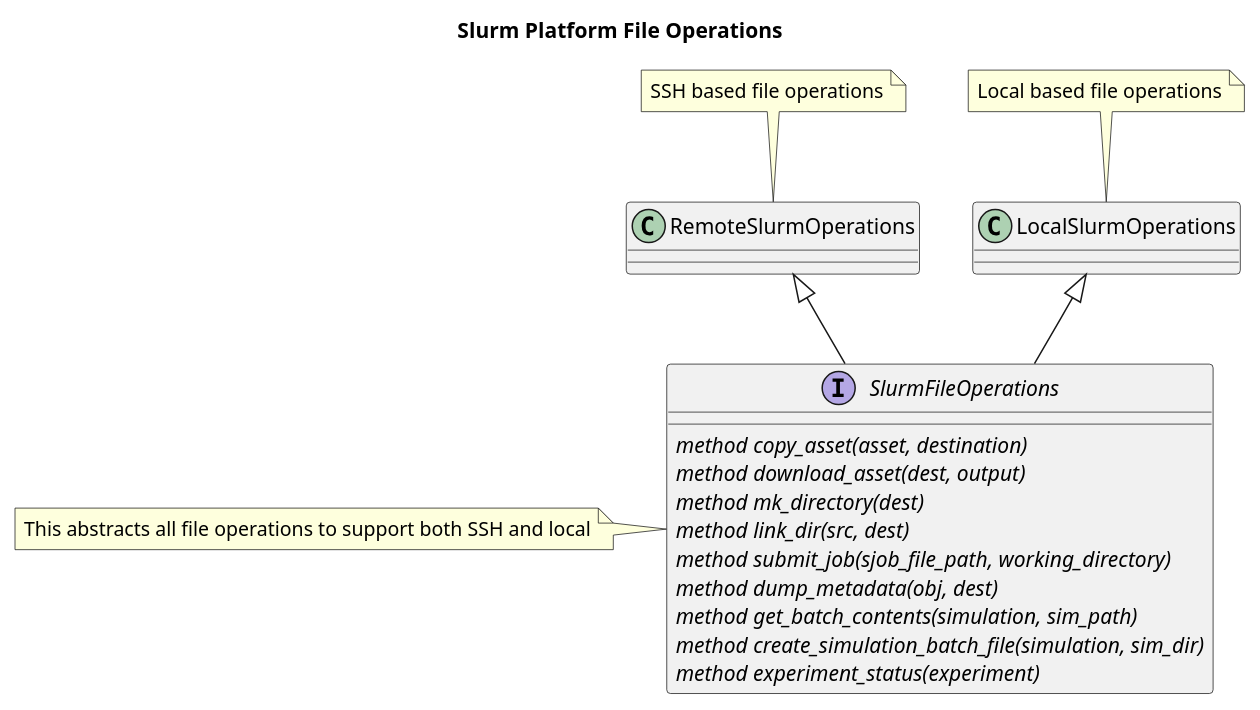
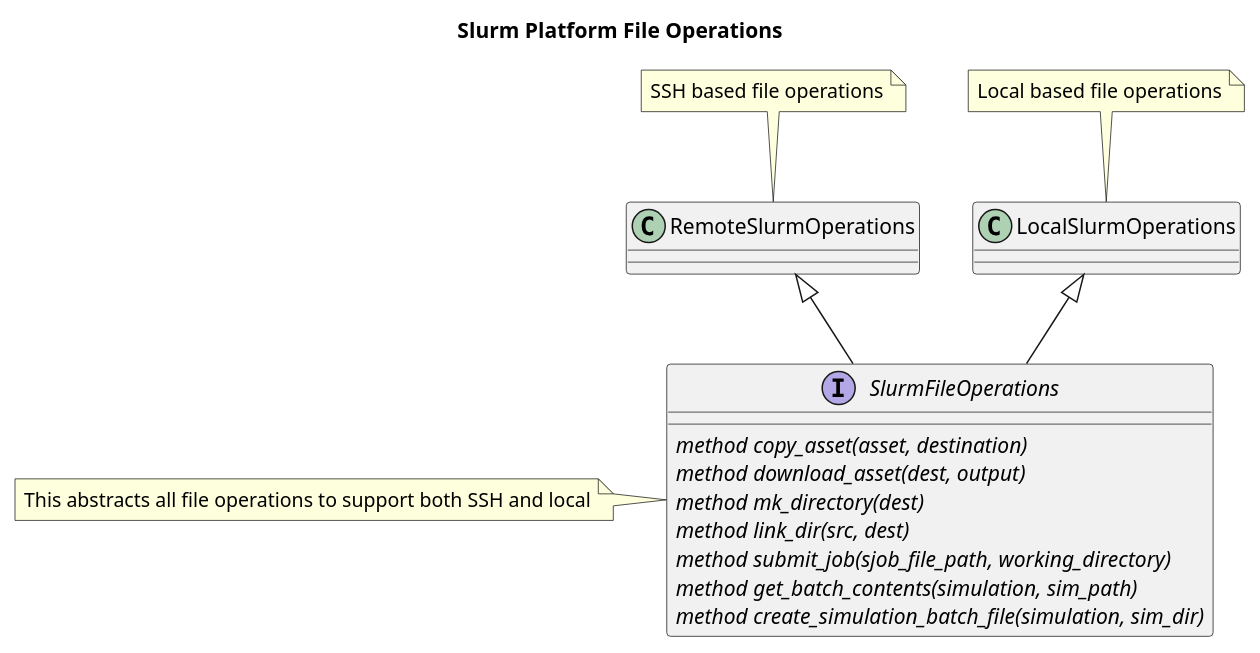
The diagram in idmtools_platform_slurm/slurm_file_operations.puml (InstituteforDiseaseModeling/idmtools), drawn with PlantUML before and after one commit. The commit also changed 4 other files, not shown here.

```diff
--- a/idmtools_platform_slurm/slurm_file_operations.puml
+++ b/idmtools_platform_slurm/slurm_file_operations.puml
@@ -1,27 +1,25 @@
 @startuml
 
 title Slurm Platform File Operations
 
 
 interface SlurmFileOperations {
    {abstract} method copy_asset(asset, destination)
    {abstract} method download_asset(dest, output)
    {abstract} method mk_directory(dest)
    {abstract} method link_dir(src, dest)
    {abstract} method submit_job(sjob_file_path, working_directory)
-   {abstract} method dump_metadata(obj, dest)
    {abstract} method get_batch_contents(simulation, sim_path)
    {abstract} method create_simulation_batch_file(simulation, sim_dir)
-   {abstract} method experiment_status(experiment)
 }
 
 note left of SlurmFileOperations : This abstracts all file operations to support both SSH and local
 
 class RemoteSlurmOperations
 note top of RemoteSlurmOperations : SSH based file operations
 class LocalSlurmOperations
 note top of LocalSlurmOperations : Local based file operations
 
 RemoteSlurmOperations <|-- SlurmFileOperations
 LocalSlurmOperations <|-- SlurmFileOperations
 @enduml
```
